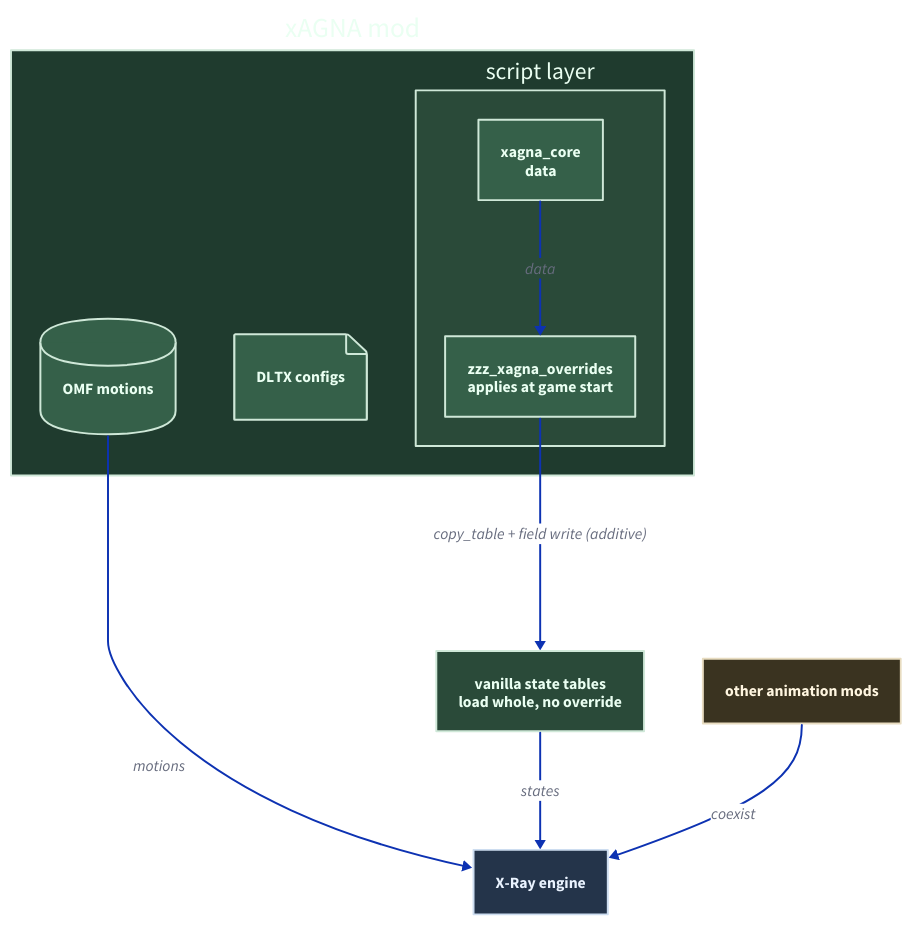
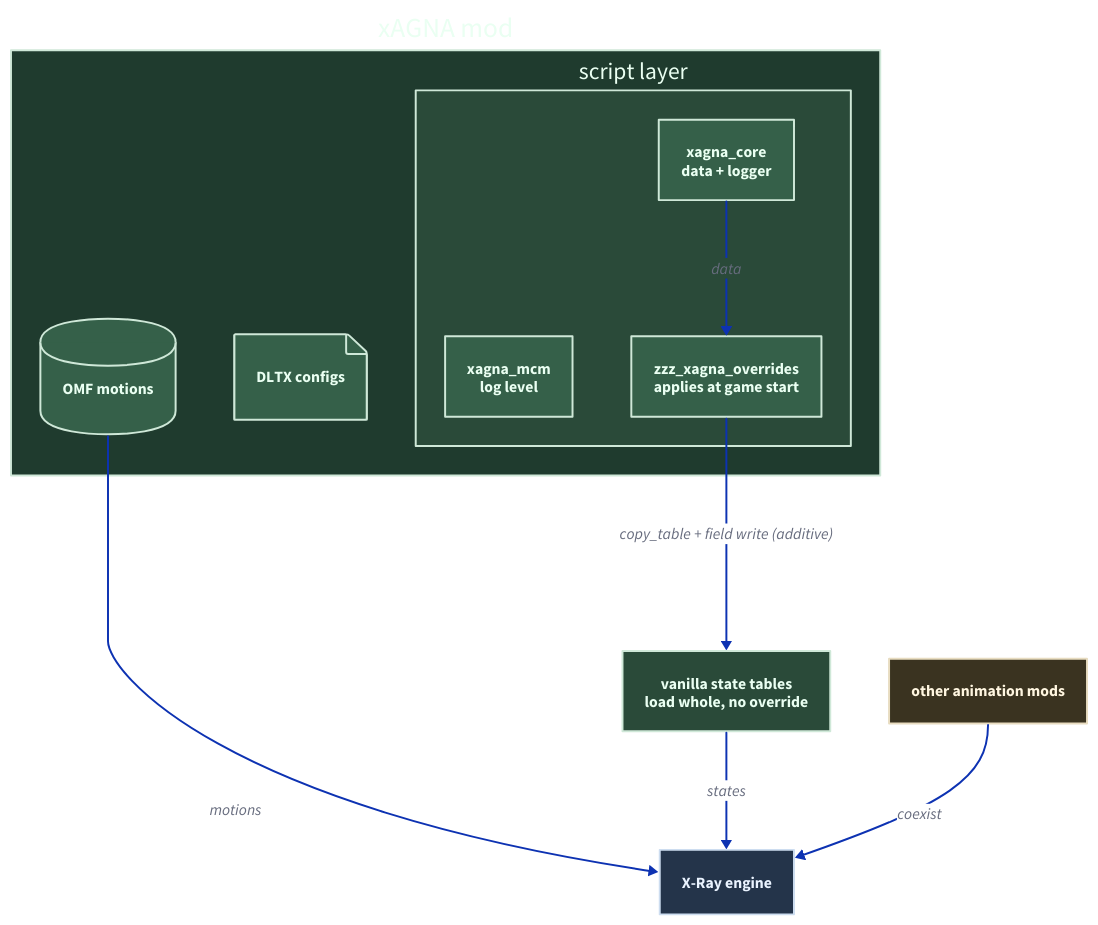
The diagram in doc/img/xagna-architecture.d2 (Chemzsis/xagna), drawn with D2 before and after one commit. The commit also changed 4 other files, not shown here.

First line of the commit message:
docs(xagna): document the MCM log-level control and the logger

```diff
--- a/doc/img/xagna-architecture.d2
+++ b/doc/img/xagna-architecture.d2
@@ -1,22 +1,23 @@
 direction: down
 
 inputs: "xAGNA mod" {
   style.fill: "#1f3b2e"; style.stroke: "#cfe8d8"; style.font-color: "#eafff2"
   omf: "OMF motions" {shape: cylinder; style.fill: "#356049"; style.stroke: "#cfe8d8"; style.font-color: "#eafff2"}
   dltx: "DLTX configs" {shape: page; style.fill: "#356049"; style.stroke: "#cfe8d8"; style.font-color: "#eafff2"}
   scripts: "script layer" {
     style.fill: "#2a4a39"; style.stroke: "#cfe8d8"; style.font-color: "#eafff2"
-    core: "xagna_core\ndata" {style.fill: "#356049"; style.stroke: "#cfe8d8"; style.font-color: "#eafff2"}
+    core: "xagna_core\ndata + logger" {style.fill: "#356049"; style.stroke: "#cfe8d8"; style.font-color: "#eafff2"}
+    mcm: "xagna_mcm\nlog level" {style.fill: "#356049"; style.stroke: "#cfe8d8"; style.font-color: "#eafff2"}
     ovr: "zzz_xagna_overrides\napplies at game start" {style.fill: "#356049"; style.stroke: "#cfe8d8"; style.font-color: "#eafff2"}
   }
 }
 
 vanilla: "vanilla state tables\nload whole, no override" {style.fill: "#2a4a39"; style.stroke: "#cfe8d8"; style.font-color: "#eafff2"}
 others: "other animation mods" {style.fill: "#3a3320"; style.stroke: "#e8dcc0"; style.font-color: "#fff6e0"}
 engine: "X-Ray engine" {style.fill: "#24344a"; style.stroke: "#cdddf0"; style.font-color: "#eaf3ff"}
 
 inputs.scripts.core -> inputs.scripts.ovr: "data"
 inputs.scripts.ovr -> vanilla: "copy_table + field write (additive)"
 inputs.omf -> engine: "motions"
 vanilla -> engine: "states"
 others -> engine: "coexist"
```
